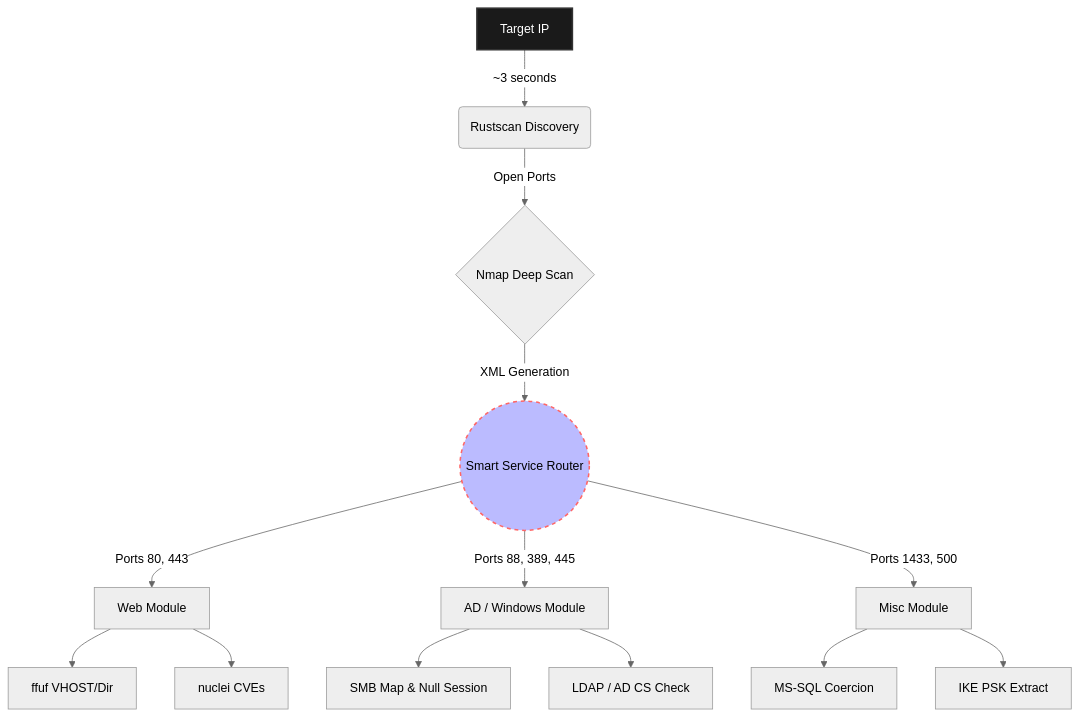
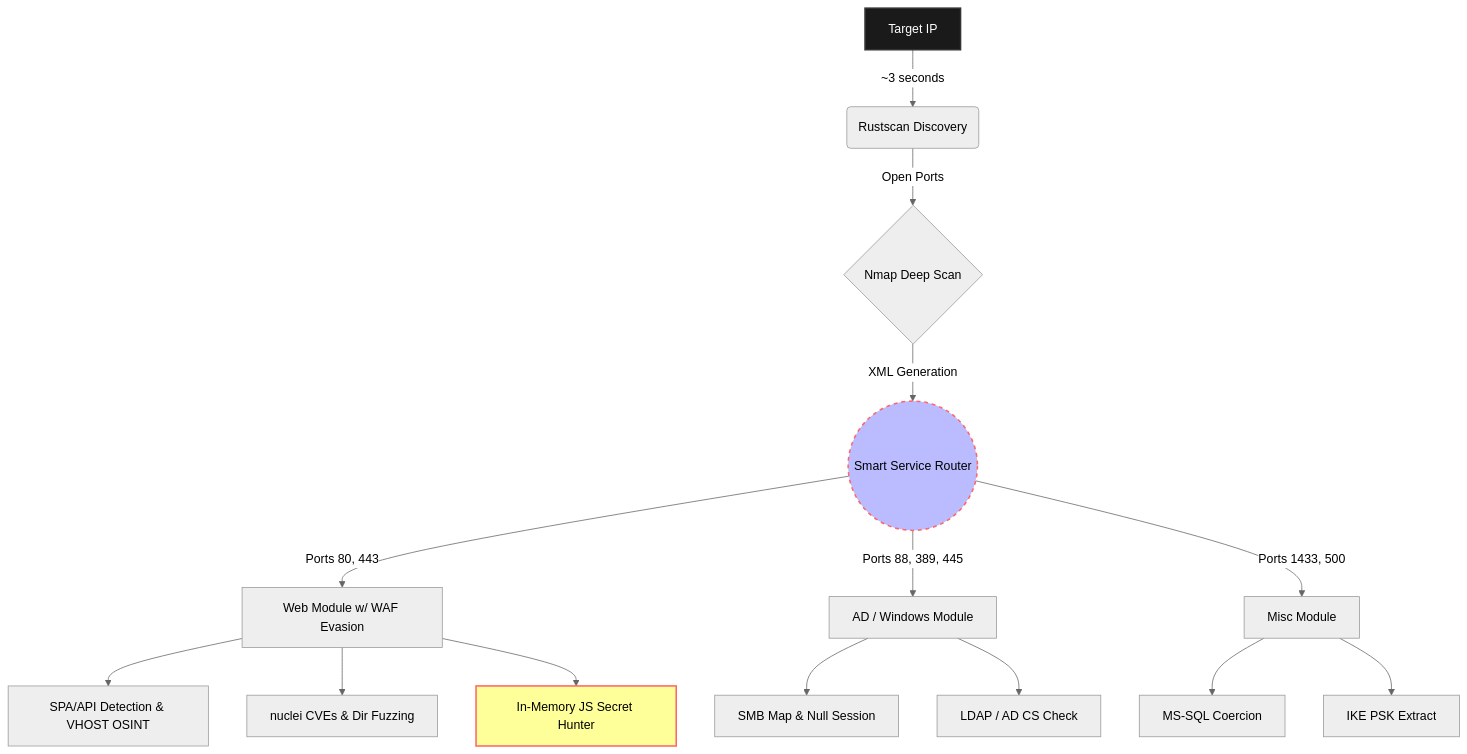
Before and after one commit to marcop-sed/portfolio: the diagram in docs/lazypwn.md, drawn with Mermaid (neutral theme). The commit also changed other lines of this file and 3 other files, not shown here.

````diff
--- a/docs/lazypwn.md
+++ b/docs/lazypwn.md
@@ -23,21 +25,23 @@
 ```mermaid
 graph TD
     A[Target IP] -->|~3 seconds| B(Rustscan Discovery)
     B -->|Open Ports| C{Nmap Deep Scan}
     C -->|XML Generation| D((Smart Service Router))
     
-    D -->|Ports 80, 443| E[Web Module]
-    E --> F[ffuf VHOST/Dir]
-    E --> G[nuclei CVEs]
+    D -->|Ports 80, 443| E[Web Module w/ WAF Evasion]
+    E --> F[SPA/API Detection & VHOST OSINT]
+    E --> G[nuclei CVEs & Dir Fuzzing]
+    E --> Z[In-Memory JS Secret Hunter]
     
     D -->|Ports 88, 389, 445| H[AD / Windows Module]
     H --> I[SMB Map & Null Session]
     H --> J[LDAP / AD CS Check]
     
     D -->|Ports 1433, 500| K[Misc Module]
     K --> L[MS-SQL Coercion]
     K --> M[IKE PSK Extract]
     
     style A fill:#1a1a1a,stroke:#333,stroke-width:2px,color:#fff
     style D fill:#bbf,stroke:#f66,stroke-width:2px,stroke-dasharray: 5, 5,color:#000
+    style Z fill:#ff9,stroke:#f66,stroke-width:2px,color:#000
 ```
````
